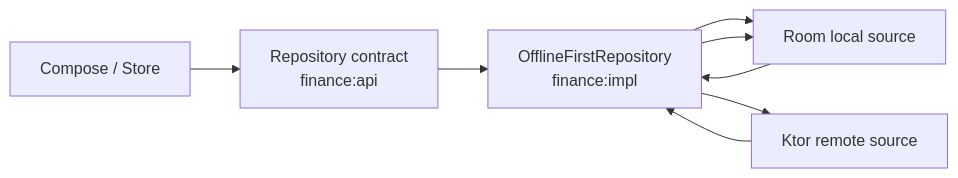
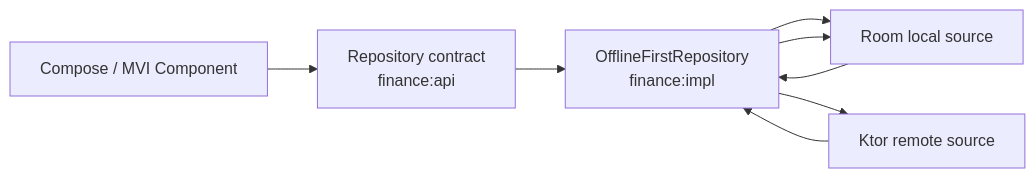
One commit to zagir005/ya_money changed the second of 3 diagrams in arch.md. Above: the diagram before and after it, drawn with Mermaid. The commit also changed other lines of this file and 55 other files, not shown here.

Commit message:
Добавил: Поменял контракт для Mvi Добавил MviComponent Убрал MetroDI, заменил на ручной DI

````diff
--- a/arch.md
+++ b/arch.md
@@ -215,10 +216,10 @@
 ```mermaid
 flowchart LR
-    UI["Compose / Store"] --> Api["Repository contract\nfinance:api"]
+    UI["Compose / MVI Component"] --> Api["Repository contract\nfinance:api"]
     Api --> Repository["OfflineFirstRepository\nfinance:impl"]
     Repository --> Local["Room local source"]
     Repository --> Remote["Ktor remote source"]
     Remote --> Repository
     Repository --> Local
     Local --> Repository
 ```
````
